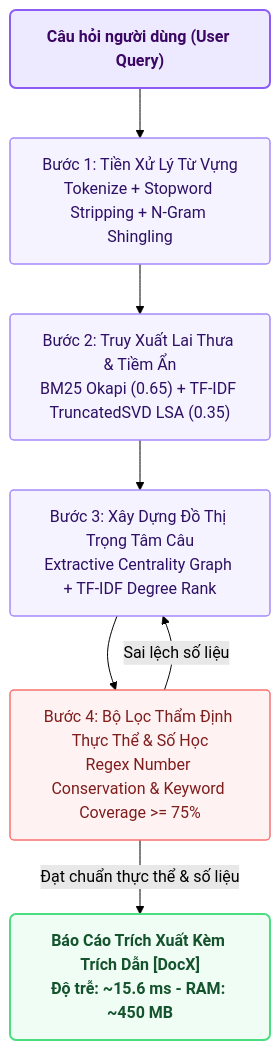
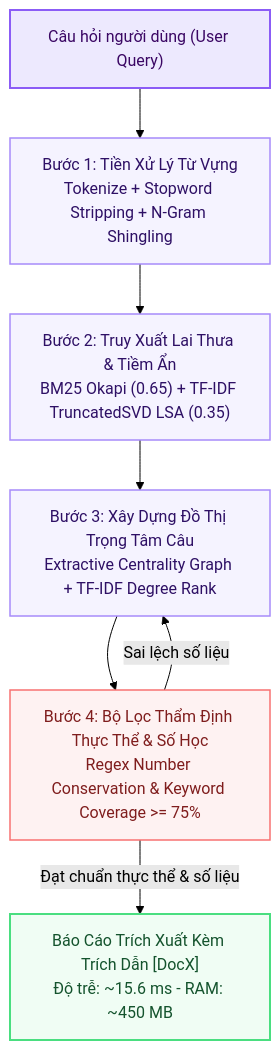
One commit to ducmanh-jr/Multi-Agent_RAG changed the diagram in reports/01_TUY_CHON_1_CPU_MIN.md. Above: the diagram before and after it, drawn with Mermaid (forest theme). The commit also changed other lines of this file and 8 other files, not shown here.

Commit message:
fix(reports): resolve Mermaid syntax error (remove invalid rx/ry, clean node labels) and decouple Agent 0 from core 5-agent pipeline

````diff
--- a/reports/01_TUY_CHON_1_CPU_MIN.md
+++ b/reports/01_TUY_CHON_1_CPU_MIN.md
@@ -12,21 +12,26 @@
 ```mermaid
 flowchart TD
-    classDef inputNode fill:#ede9fe,stroke:#8b5cf6,stroke-width:2px,color:#3b0764,font-weight:bold,rx:6,ry:6;
-    classDef stepNode fill:#f5f3ff,stroke:#a78bfa,stroke-width:1.5px,color:#2e1065,rx:4,ry:4;
-    classDef gateNode fill:#fef2f2,stroke:#f87171,stroke-width:1.5px,color:#7f1d1d,rx:4,ry:4;
-    classDef outNode fill:#f0fdf4,stroke:#4ade80,stroke-width:2px,color:#14532d,font-weight:bold,rx:6,ry:6;
-
-    Q["Câu hỏi người dùng (User Query)"]:::inputNode
-    P1["Bước 1: Tiền Xử Lý Từ Vựng<br/>Tokenize + Stopword Stripping + N-Gram Shingling"]:::stepNode
-    P2["Bước 2: Truy Xuất Lai Thưa & Tiềm Ẩn<br/>BM25 Okapi (0.65) + TF-IDF TruncatedSVD LSA (0.35)"]:::stepNode
-    P3["Bước 3: Xây Dựng Đồ Thị Trọng Tâm Câu<br/>Extractive Centrality Graph + TF-IDF Degree Rank"]:::stepNode
-    P4["Bước 4: Bộ Lọc Thẩm Định Thực Thể & Số Học<br/>Regex Number Conservation & Keyword Coverage >= 75%"]:::gateNode
-    OUT["Báo Cáo Trích Xuất Kèm Trích Dẫn [DocX]<br/>Độ trễ: ~15.6 ms - RAM: ~450 MB"]:::outNode
+    Q["Câu hỏi người dùng (User Query)"]
+    P1["Bước 1: Tiền Xử Lý Từ Vựng<br/>Tokenize + Stopword Stripping + N-Gram Shingling"]
+    P2["Bước 2: Truy Xuất Lai Thưa & Tiềm Ẩn<br/>BM25 Okapi (0.65) + TF-IDF TruncatedSVD LSA (0.35)"]
+    P3["Bước 3: Xây Dựng Đồ Thị Trọng Tâm Câu<br/>Extractive Centrality Graph + TF-IDF Degree Rank"]
+    P4["Bước 4: Bộ Lọc Thẩm Định Thực Thể & Số Học<br/>Regex Number Conservation & Keyword Coverage >= 75%"]
+    OUT["Báo Cáo Trích Xuất Kèm Trích Dẫn [DocX]<br/>Độ trễ: ~15.6 ms - RAM: ~450 MB"]
 
     Q --> P1
     P1 --> P2
     P2 --> P3
     P3 --> P4
     P4 -- "Đạt chuẩn thực thể & số liệu" --> OUT
     P4 -- "Sai lệch số liệu" --> P3
+
+    classDef purple fill:#f5f3ff,stroke:#a78bfa,stroke-width:1.5px,color:#2e1065;
+    classDef input fill:#ede9fe,stroke:#8b5cf6,stroke-width:2px,color:#3b0764;
+    classDef green fill:#f0fdf4,stroke:#4ade80,stroke-width:2px,color:#14532d;
+    classDef gate fill:#fef2f2,stroke:#f87171,stroke-width:1.5px,color:#7f1d1d;
+
+    class Q input;
+    class P1,P2,P3 purple;
+    class P4 gate;
+    class OUT green;
 ```
````
